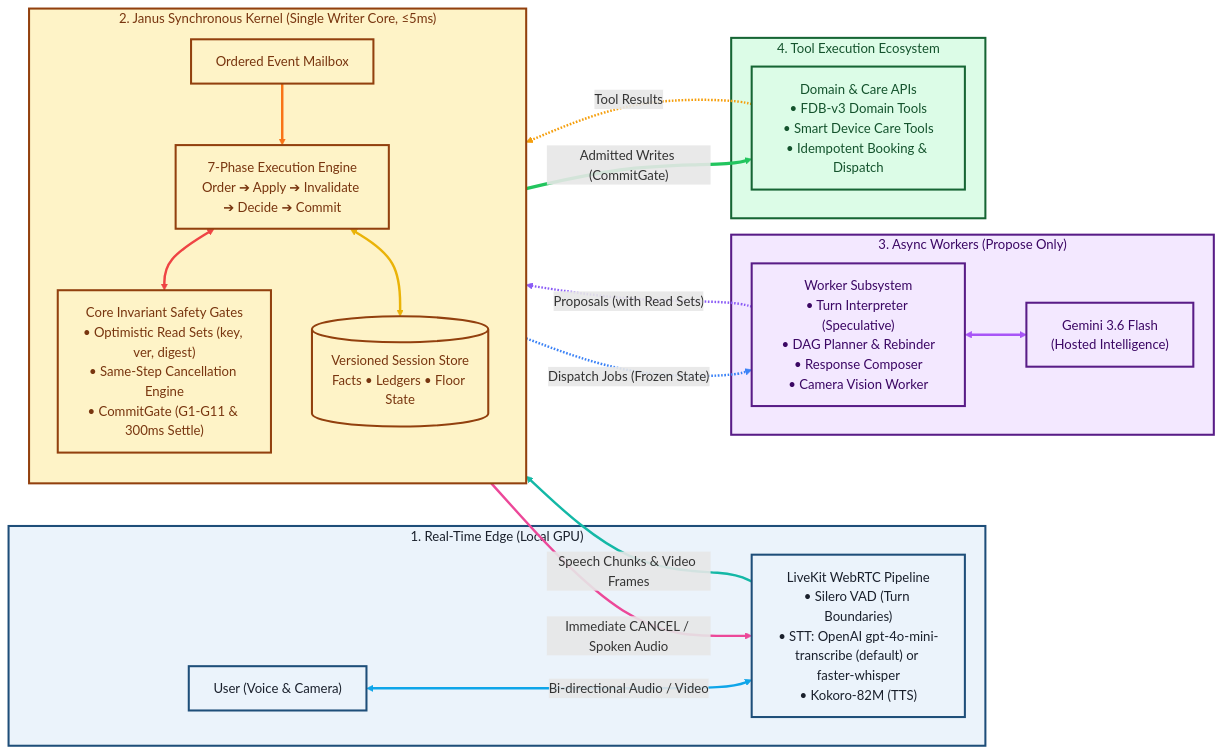
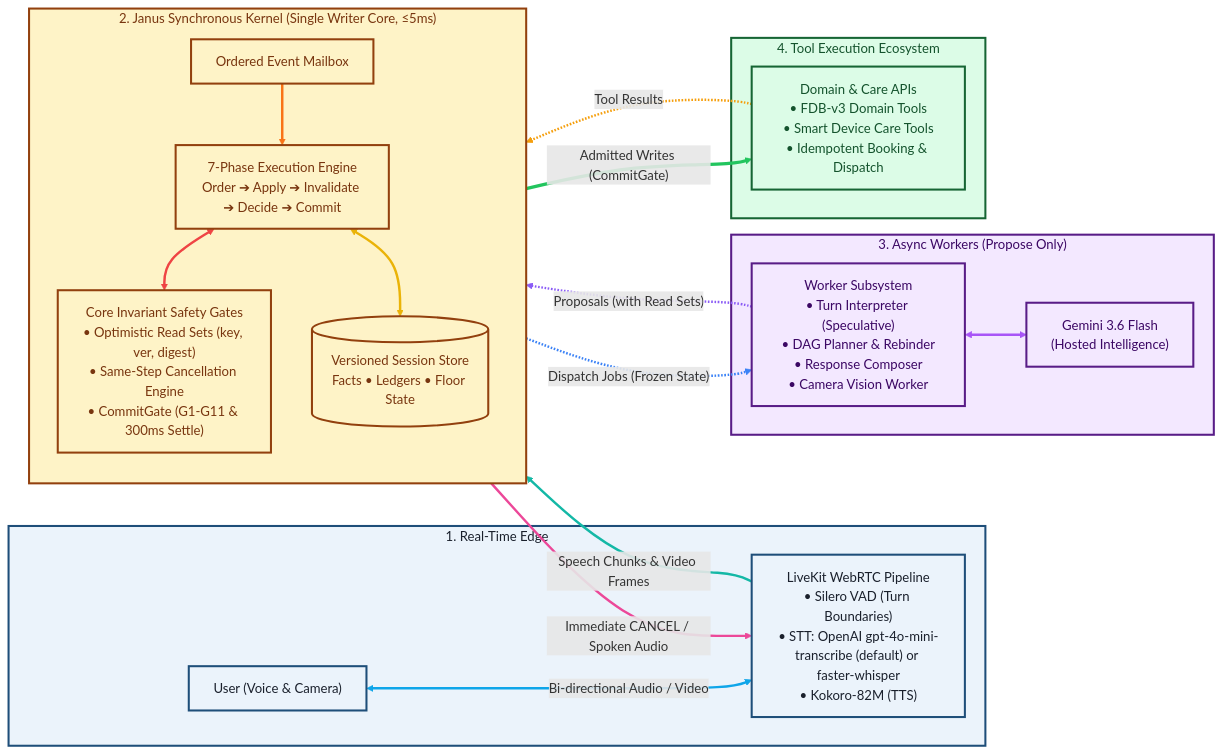
The diagram in README.md (AdithyaSanthosh-P/Janus), drawn with Mermaid before and after one commit. The commit also changed other lines of this file, not shown here.

````diff
--- a/README.md
+++ b/README.md
@@ -39,81 +46,81 @@
 ```mermaid
 flowchart LR
 %% -------------------------------------------------
 %% STYLING / THEME
 %% -------------------------------------------------
 classDef edgeStyle fill:#EBF3FB,stroke:#1E4E79,stroke-width:2.5px,color:#1A202C;
 classDef kernelStyle fill:#FEF3C7,stroke:#92400E,stroke-width:2.5px,color:#78350F;
 classDef workerStyle fill:#F3E8FF,stroke:#581C87,stroke-width:2.5px,color:#3B0764;
 classDef toolStyle fill:#DCFCE7,stroke:#166534,stroke-width:2.5px,color:#14532D;
 
 %% -------------------------------------------------
 %% 1. REAL-TIME MEDIA EDGE
 %% -------------------------------------------------
-subgraph Edge["1. Real-Time Edge (Local GPU)"]
+subgraph Edge["1. Real-Time Edge"]
     User["User (Voice & Camera)"]
     LiveKit["LiveKit WebRTC Pipeline<br/>• Silero VAD (Turn Boundaries)<br/>• STT: OpenAI gpt-4o-mini-transcribe (default) or faster-whisper<br/>• Kokoro-82M (TTS)"]
     User <-->|"Bi-directional Audio / Video"| LiveKit
 end
 class Edge,User,LiveKit edgeStyle;
 
 %% -------------------------------------------------
 %% 2. JANUS SYNCHRONOUS KERNEL
 %% -------------------------------------------------
 subgraph Kernel["2. Janus Synchronous Kernel (Single Writer Core, &le;5ms)"]
     direction TB
     Mailbox["Ordered Event Mailbox"]
     Engine["7-Phase Execution Engine<br/>Order ➔ Apply ➔ Invalidate ➔ Decide ➔ Commit"]
     Safety["Core Invariant Safety Gates<br/>• Optimistic Read Sets (key, ver, digest)<br/>• Same-Step Cancellation Engine<br/>• CommitGate (G1-G11 & 300ms Settle)"]
     Store[("Versioned Session Store<br/>Facts • Ledgers • Floor State")]
 
     Mailbox --> Engine
     Engine <--> Safety
     Engine <--> Store
 end
 class Kernel,Mailbox,Engine,Safety,Store kernelStyle;
 
 %% -------------------------------------------------
 %% 3. ASYNC WORKERS & LLM
 %% -------------------------------------------------
 subgraph Workers["3. Async Workers (Propose Only)"]
     WorkerPool["Worker Subsystem<br/>• Turn Interpreter (Speculative)<br/>• DAG Planner & Rebinder<br/>• Response Composer<br/>• Camera Vision Worker"]
     LLM["Gemini 3.6 Flash<br/>(Hosted Intelligence)"]
     WorkerPool <--> LLM
 end
 class Workers,WorkerPool,LLM workerStyle;
 
 %% -------------------------------------------------
 %% 4. TOOLS & SAMSUNG EXTENSION
 %% -------------------------------------------------
 subgraph Ecosystem["4. Tool Execution Ecosystem"]
     Tools["Domain & Care APIs<br/>• FDB-v3 Domain Tools<br/>• Smart Device Care Tools<br/>• Idempotent Booking & Dispatch"]
 end
 class Ecosystem,Tools toolStyle;
 
 %% -------------------------------------------------
 %% CROSS-LAYER FLOWS
 %% -------------------------------------------------
 LiveKit -->|"Speech Chunks & Video Frames"| Mailbox
 Engine -->|"Immediate CANCEL / Spoken Audio"| LiveKit
 
 Engine -.->|"Dispatch Jobs (Frozen State)"| WorkerPool
 WorkerPool -.->|"Proposals (with Read Sets)"| Mailbox
 
 Engine ==>|"Admitted Writes (CommitGate)"| Tools
 Tools -.->|"Tool Results"| Mailbox
 
 %% -------------------------------------------------
 %% LINE COLORS (bold, visible in light + dark mode)
 %% -------------------------------------------------
 linkStyle 0 stroke:#0EA5E9,stroke-width:3px;
 linkStyle 1 stroke:#F97316,stroke-width:3px;
 linkStyle 2 stroke:#EF4444,stroke-width:3px;
 linkStyle 3 stroke:#EAB308,stroke-width:3px;
 linkStyle 4 stroke:#A855F7,stroke-width:3px;
 linkStyle 5 stroke:#14B8A6,stroke-width:3px;
 linkStyle 6 stroke:#EC4899,stroke-width:3px;
 linkStyle 7 stroke:#3B82F6,stroke-width:3px;
 linkStyle 8 stroke:#8B5CF6,stroke-width:3px;
 linkStyle 9 stroke:#22C55E,stroke-width:4px;
 linkStyle 10 stroke:#F59E0B,stroke-width:3px;
 ```
````
